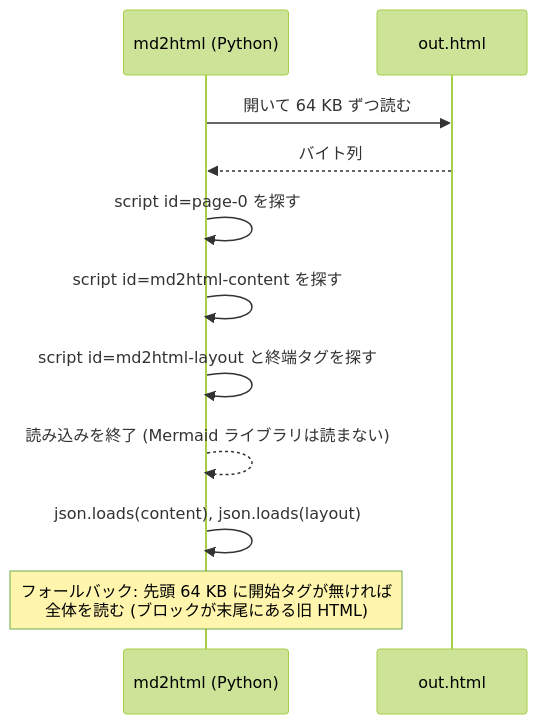
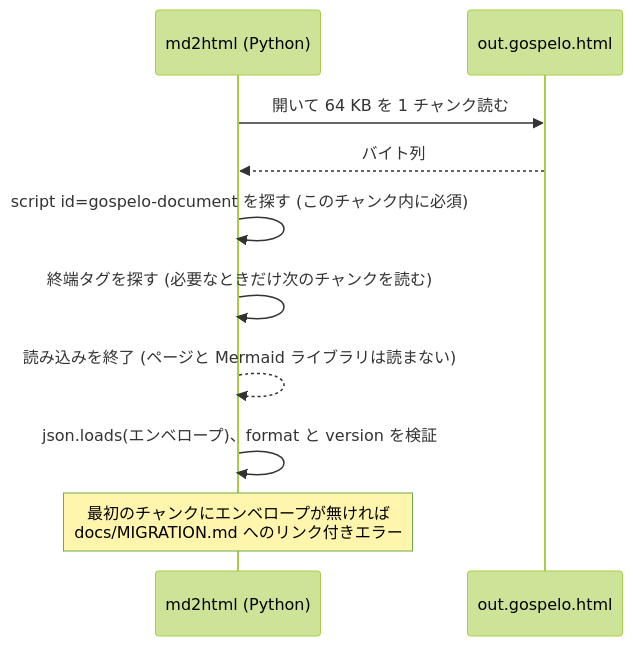
One commit to gospelo-dev/md2html changed the fourth of 5 diagrams in docs/ARCHITECTURE_ja.md. Above: the diagram before and after it, drawn with Mermaid (forest theme). The commit also changed other lines of this file and 21 other files, not shown here.

````diff
--- a/docs/ARCHITECTURE_ja.md
+++ b/docs/ARCHITECTURE_ja.md
@@ -136,14 +135,13 @@
 ```mermaid
 sequenceDiagram
     participant T as md2html (Python)
-    participant F as out.html
+    participant F as out.gospelo.html
 
-    T->>F: 開いて 64 KB ずつ読む
+    T->>F: 開いて 64 KB を 1 チャンク読む
     F-->>T: バイト列
-    T->>T: script id=page-0 を探す
-    T->>T: script id=md2html-content を探す
-    T->>T: script id=md2html-layout と終端タグを探す
-    T-->>T: 読み込みを終了 (Mermaid ライブラリは読まない)
-    T->>T: json.loads(content), json.loads(layout)
-    Note over T: フォールバック: 先頭 64 KB に開始タグが無ければ<br/>全体を読む (ブロックが末尾にある旧 HTML)
+    T->>T: script id=gospelo-document を探す (このチャンク内に必須)
+    T->>T: 終端タグを探す (必要なときだけ次のチャンクを読む)
+    T-->>T: 読み込みを終了 (ページと Mermaid ライブラリは読まない)
+    T->>T: json.loads(エンベロープ)、format と version を検証
+    Note over T: 最初のチャンクにエンベロープが無ければ<br/>docs/MIGRATION.md へのリンク付きエラー
 ```
````
